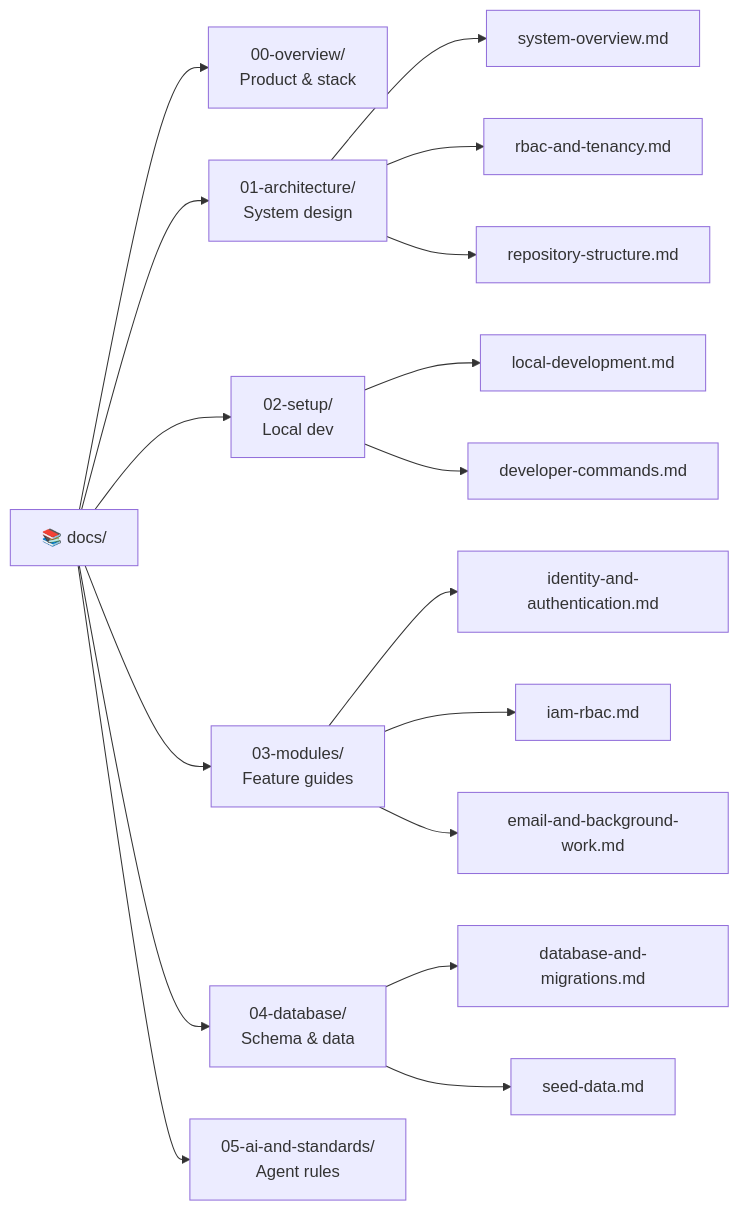
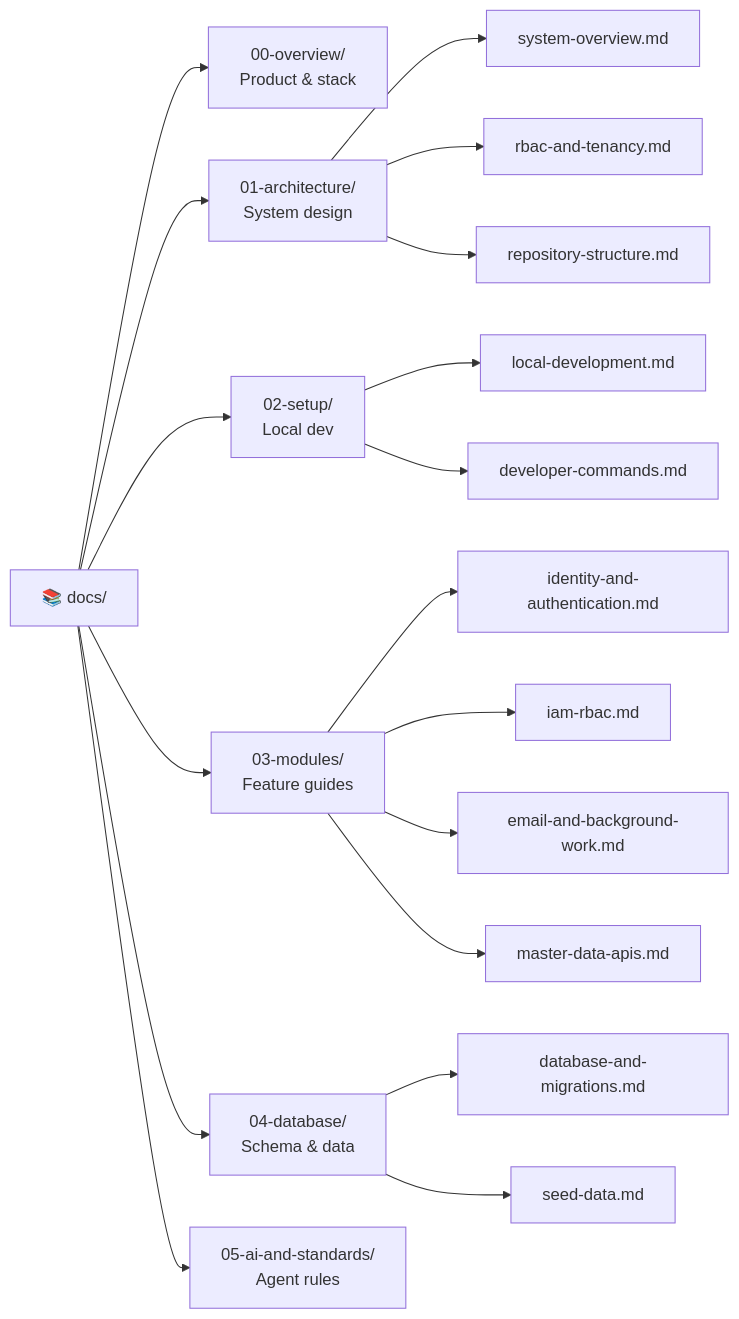
One commit to mhdriyascp/fastapi-multitenant-crm-core changed the first of 2 diagrams in docs/README.md. Above: the diagram before and after it, drawn with Mermaid. The commit also changed other lines of this file and 39 other files, not shown here.

Commit message:
Add master data APIs and seed setup

````diff
--- a/docs/README.md
+++ b/docs/README.md
@@ -9,25 +9,26 @@
 ```mermaid
 flowchart LR
     HUB["📚 docs/"]
 
     HUB --> OV["00-overview/\nProduct & stack"]
     HUB --> AR["01-architecture/\nSystem design"]
     HUB --> SE["02-setup/\nLocal dev"]
     HUB --> MO["03-modules/\nFeature guides"]
     HUB --> DB["04-database/\nSchema & data"]
     HUB --> AI["05-ai-and-standards/\nAgent rules"]
 
     AR --> AR1["system-overview.md"]
     AR --> AR2["rbac-and-tenancy.md"]
     AR --> AR3["repository-structure.md"]
 
     SE --> SE1["local-development.md"]
     SE --> SE2["developer-commands.md"]
 
     MO --> MO1["identity-and-authentication.md"]
     MO --> MO2["iam-rbac.md"]
     MO --> MO4["email-and-background-work.md"]
+    MO --> MO5["master-data-apis.md"]
 
     DB --> DB1["database-and-migrations.md"]
     DB --> DB2["seed-data.md"]
 ```
````
